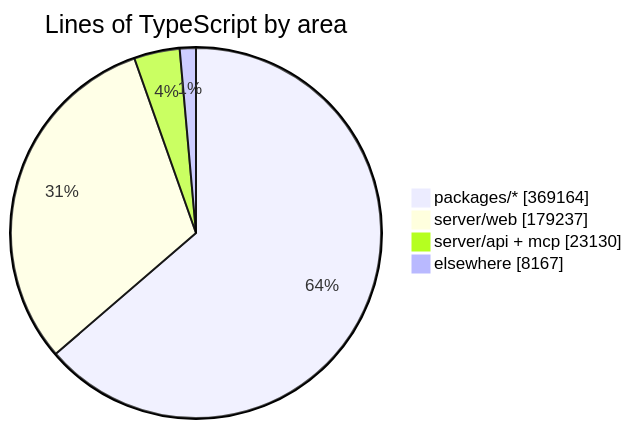
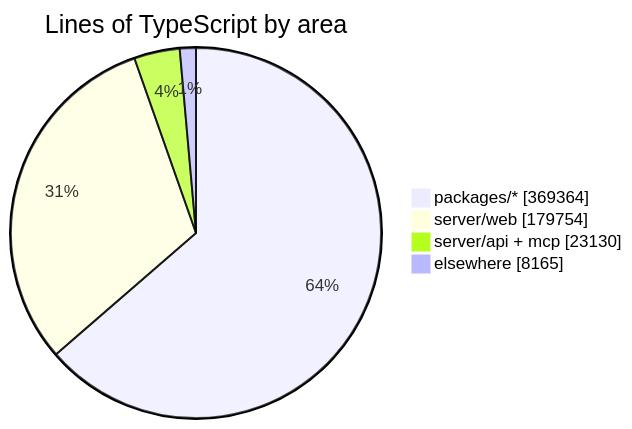
One commit to crossworks-engineering/mantle changed the diagram in README.md. Above: the diagram before and after it, drawn with Mermaid. The commit also changed other lines of this file and 2 other files, not shown here.

````diff
--- a/README.md
+++ b/README.md
@@ -294,7 +294,7 @@
 ```mermaid
 pie showData title Lines of TypeScript by area
-    "packages/*" : 369164
-    "server/web" : 179237
+    "packages/*" : 369364
+    "server/web" : 179754
     "server/api + mcp" : 23130
-    "elsewhere" : 8167
+    "elsewhere" : 8165
 ```
````
